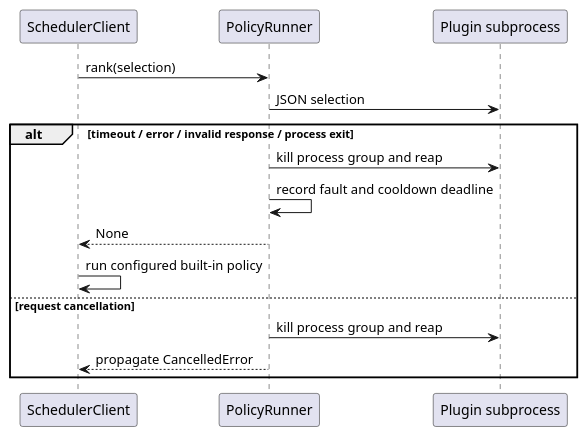
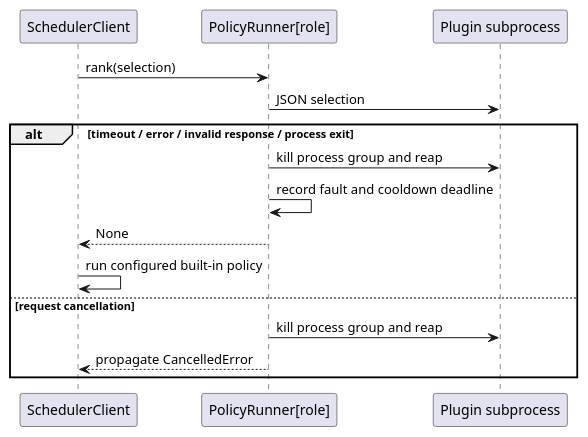
One commit to Lyr-GW/MindIE-PyMotor changed the fourth of 4 diagrams in docs/zh/design/scheduler_policy_plugin.md. Above: the diagram before and after it, drawn with PlantUML. The commit also changed other lines of this file and 8 other files, not shown here.

````diff
--- a/docs/zh/design/scheduler_policy_plugin.md
+++ b/docs/zh/design/scheduler_policy_plugin.md
@@ -335,18 +430,18 @@
 ```plantuml
 @startuml
 participant "SchedulerClient" as W
-participant "PolicyRunner" as R
+participant "PolicyRunner[role]" as R
 participant "Plugin subprocess" as P
 W -> R : rank(selection)
 R -> P : JSON selection
 alt timeout / error / invalid response / process exit
   R -> P : kill process group and reap
   R -> R : record fault and cooldown deadline
   R --> W : None
   W -> W : run configured built-in policy
 else request cancellation
   R -> P : kill process group and reap
   R --> W : propagate CancelledError
 end
 @enduml
 ```
````
